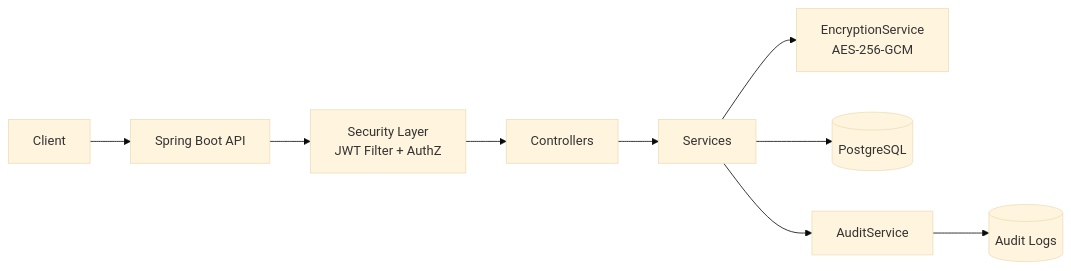
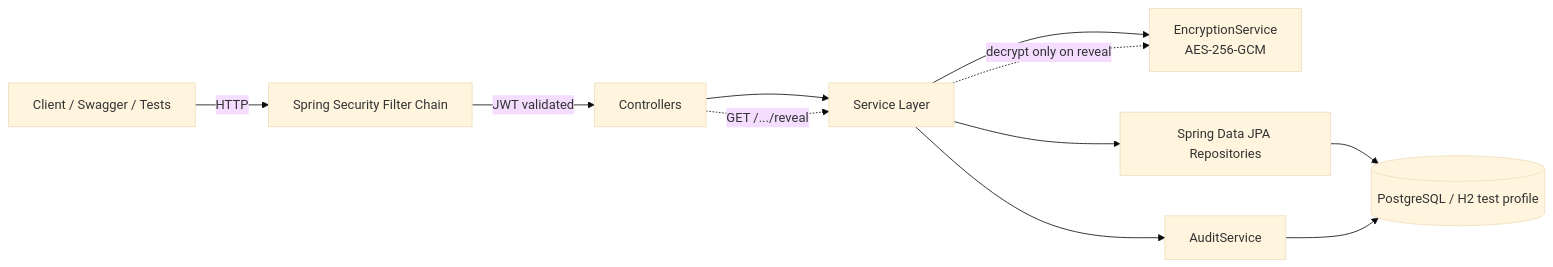
One commit to elyass1911-create/securevault changed the diagram in README.md. Above: the diagram before and after it, drawn with Mermaid (base theme).

Commit message:
Refine architecture diagram to match code structure

````diff
--- a/README.md
+++ b/README.md
@@ -70,11 +70,18 @@
 ```mermaid
 flowchart LR
-    A[Client] --> B[Spring Boot API]
-    B --> C[Security Layer<br/>JWT Filter + AuthZ]
-    C --> D[Controllers]
-    D --> E[Services]
-    E --> F[EncryptionService<br/>AES-256-GCM]
-    E --> G[(PostgreSQL)]
-    E --> H[AuditService]
-    H --> I[(Audit Logs)]
+    Client[Client / Swagger / Tests] -->|HTTP| Sec[Spring Security Filter Chain]
+    Sec -->|JWT validated| Ctrl[Controllers]
+
+    Ctrl --> Svc[Service Layer]
+    Svc --> Enc[EncryptionService<br/>AES-256-GCM]
+
+    Svc --> Repo[Spring Data JPA Repositories]
+    Repo --> DB[(PostgreSQL / H2 test profile)]
+
+    Svc --> Audit[AuditService]
+    Audit --> DB
+
+    %% reveal path emphasis
+    Ctrl -. "GET /.../reveal" .-> Svc
+    Svc -. decrypt only on reveal .-> Enc
 ```
````
